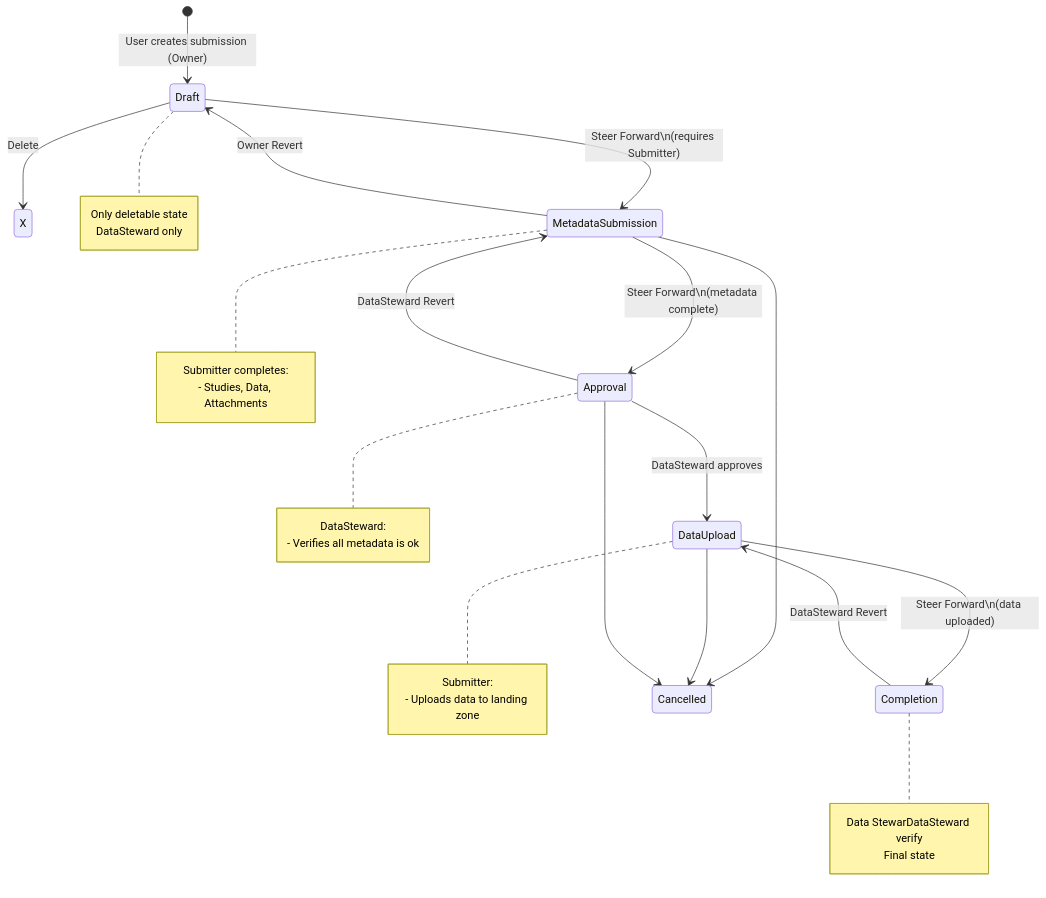
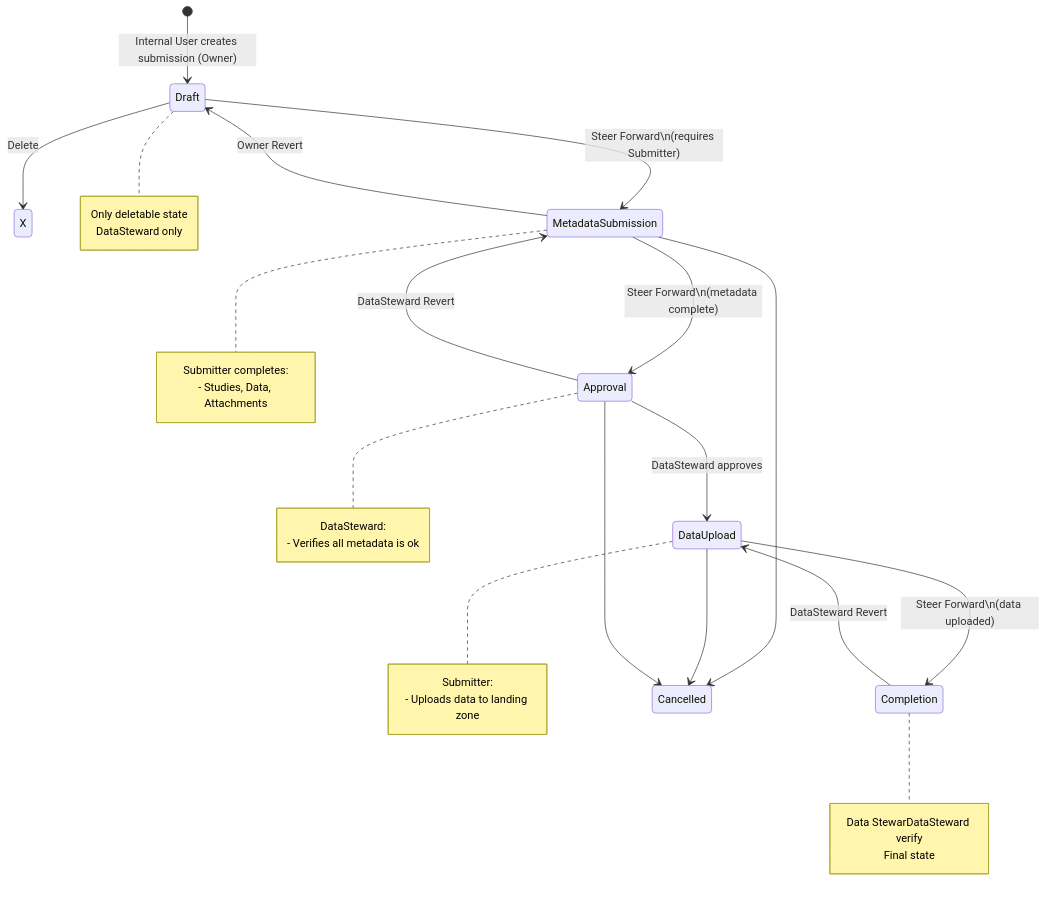
One commit to elixir-luxembourg/dss changed the diagram in docs/submission-states.md. Above: the diagram before and after it, drawn with Mermaid. The commit also changed other lines of this file and 13 other files, not shown here.

````diff
--- a/docs/submission-states.md
+++ b/docs/submission-states.md
@@ -6,44 +6,44 @@
 ```mermaid
 stateDiagram-v2
-    [*] --> Draft: User creates submission (Owner)
+    [*] --> Draft: Internal User creates submission (Owner)
     Draft --> X: Delete
     Draft --> MetadataSubmission: Steer Forward\n(requires Submitter)
     MetadataSubmission --> Draft: Owner Revert
 
     MetadataSubmission --> Approval: Steer Forward\n(metadata complete)
     Approval --> DataUpload: DataSteward approves
     
     Approval --> MetadataSubmission: DataSteward Revert
 
     DataUpload --> Completion: Steer Forward\n(data uploaded)
     Completion --> DataUpload: DataSteward Revert
 
     MetadataSubmission --> Cancelled
     DataUpload --> Cancelled
     Approval --> Cancelled
 
     note right of Draft
         Only deletable state
         DataSteward only
     end note
 
     note right of MetadataSubmission
         Submitter completes:
         - Studies, Data, Attachments
     end note
 
     note right of Approval
         DataSteward:
         - Verifies all metadata is ok
     end note
 
     note right of DataUpload
         Submitter:
         - Uploads data to landing zone
     end note
 
     note right of Completion
         Data StewarDataSteward verify
         Final state
     end note
 ```
````
